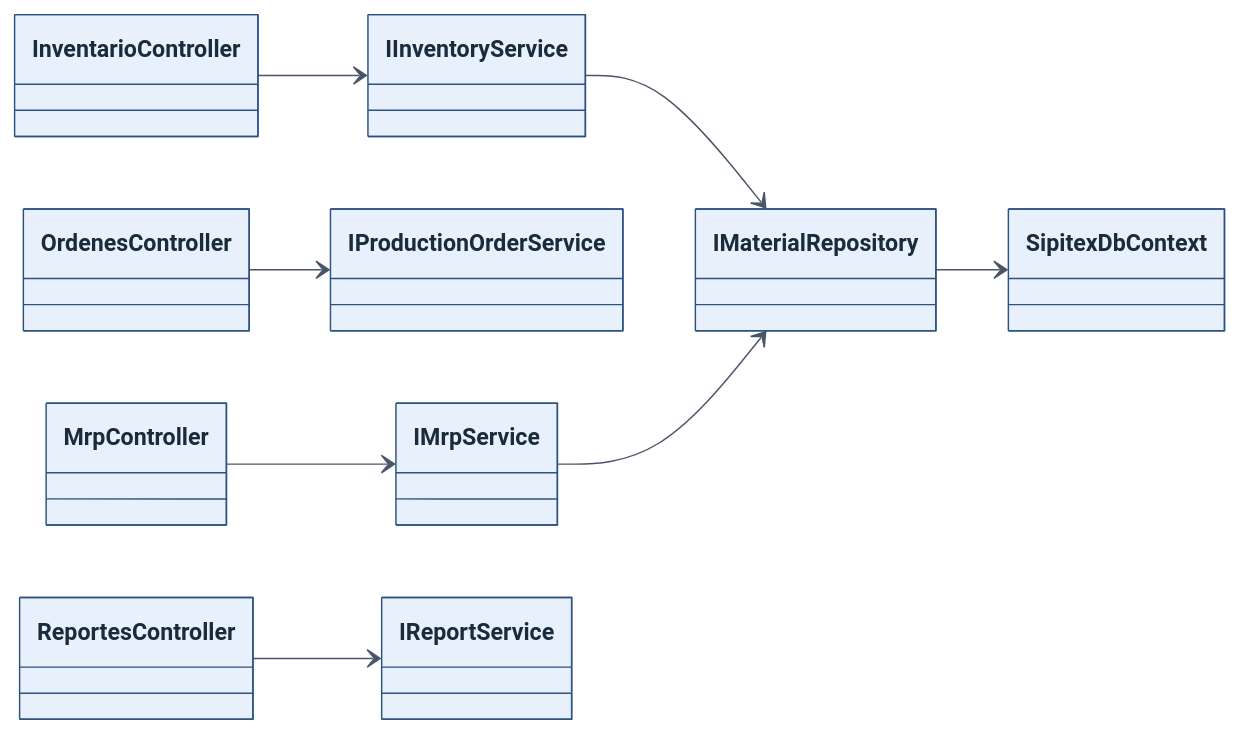
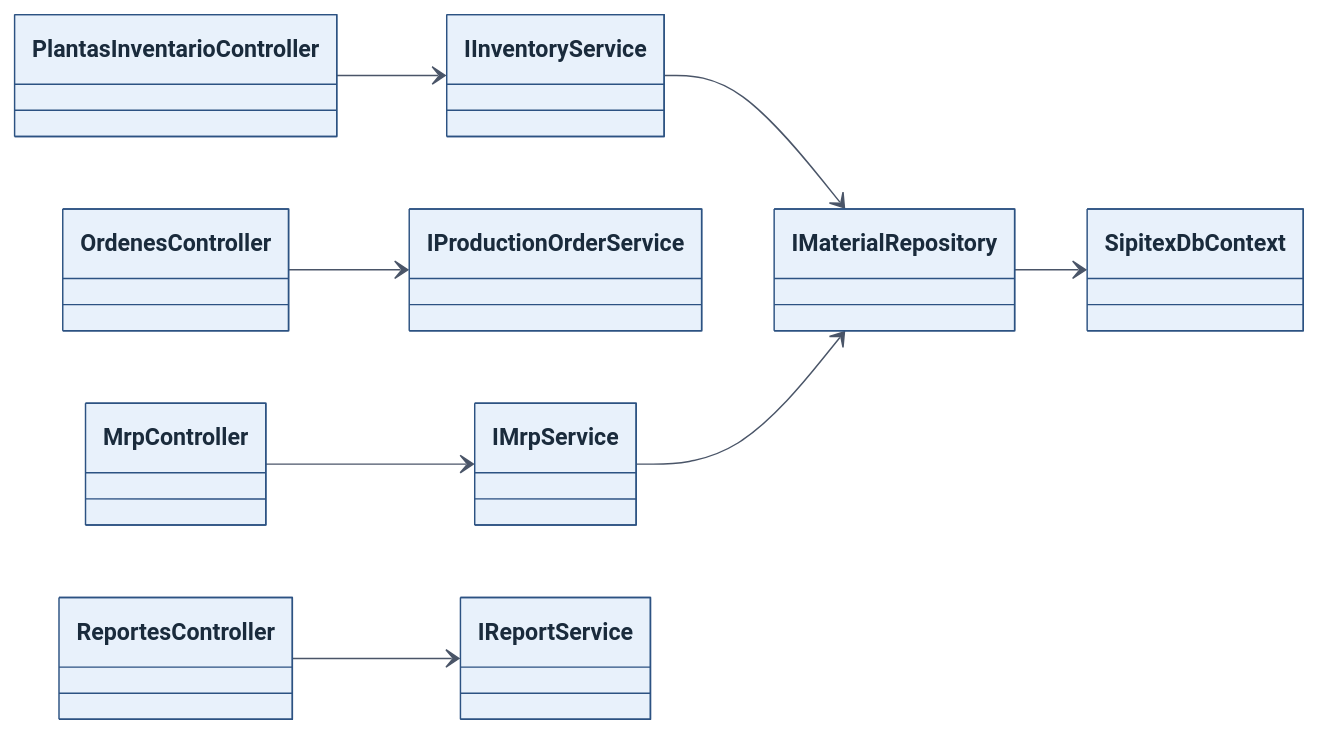
One commit to COSTEsincelejo/-SIPITEX changed the diagram in docs/diagramas/src/03-capas-aplicacion.mmd. Above: the diagram before and after it, drawn with Mermaid. The commit also changed 11 other files, not shown here.

```diff
--- a/docs/diagramas/src/03-capas-aplicacion.mmd
+++ b/docs/diagramas/src/03-capas-aplicacion.mmd
@@ -1,21 +1,21 @@
 %%{init: {'theme': 'base', 'themeVariables': { 'primaryColor': '#e8f1fb', 'primaryTextColor': '#1a2b3c', 'primaryBorderColor': '#2c5282', 'lineColor': '#4a5568', 'fontFamily': 'Segoe UI, Arial, sans-serif'}}}%%
 classDiagram
   direction LR
-  class InventarioController
+  class PlantasInventarioController
   class OrdenesController
   class MrpController
   class ReportesController
   class IInventoryService
   class IProductionOrderService
   class IMrpService
   class IReportService
   class IMaterialRepository
   class SipitexDbContext
 
-  InventarioController --> IInventoryService
+  PlantasInventarioController --> IInventoryService
   OrdenesController --> IProductionOrderService
   MrpController --> IMrpService
   ReportesController --> IReportService
   IInventoryService --> IMaterialRepository
   IMrpService --> IMaterialRepository
   IMaterialRepository --> SipitexDbContext
```
